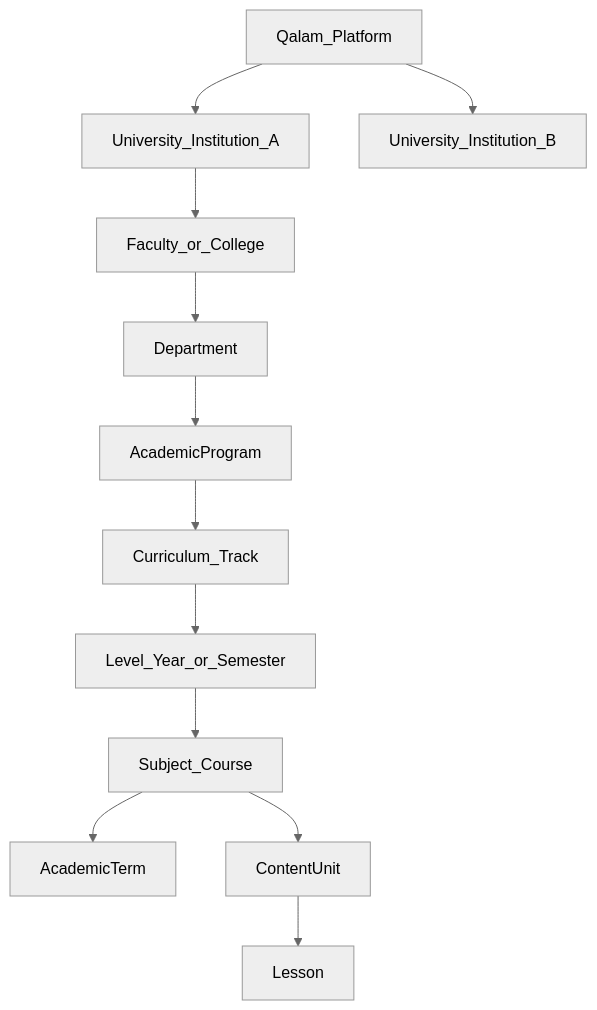
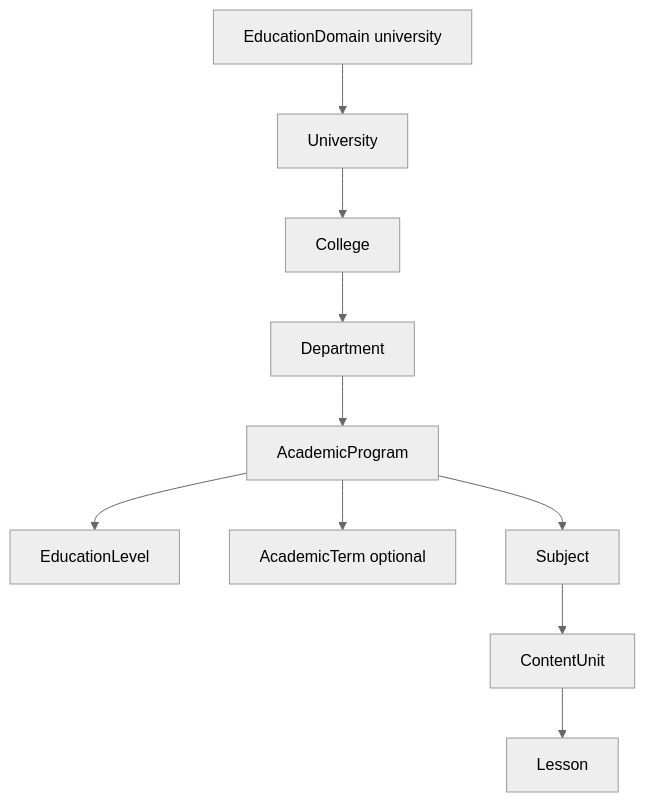
One commit to Mozaffer249/Qalam changed the diagram in docs/university-multi-tenant-outline.md. Above: the diagram before and after it, drawn with Mermaid (neutral theme). The commit also changed other lines of this file and 103 other files, not shown here.

First line of the commit message:
feat(education): enhance student and academic program structures

````diff
--- a/docs/university-multi-tenant-outline.md
+++ b/docs/university-multi-tenant-outline.md
@@ -20,15 +7,13 @@
 ```mermaid
 flowchart TB
-  platform[Qalam_Platform]
-  platform --> instA[University_Institution_A]
-  platform --> instB[University_Institution_B]
-  instA --> faculty[Faculty_or_College]
-  faculty --> dept[Department]
-  dept --> program[AcademicProgram]
-  program --> curriculum[Curriculum_Track]
-  curriculum --> level[Level_Year_or_Semester]
-  level --> subject[Subject_Course]
-  subject --> term[AcademicTerm]
-  subject --> unit[ContentUnit]
-  unit --> lesson[Lesson]
+  DomainUniv[EducationDomain university]
+  DomainUniv --> University
+  University --> College
+  College --> Department
+  Department --> AcademicProgram
+  AcademicProgram --> EducationLevel
+  AcademicProgram --> AcademicTermOptional[AcademicTerm optional]
+  AcademicProgram --> Subject
+  Subject --> ContentUnit
+  ContentUnit --> Lesson
 ```
````
